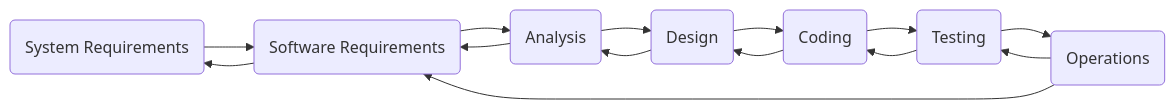
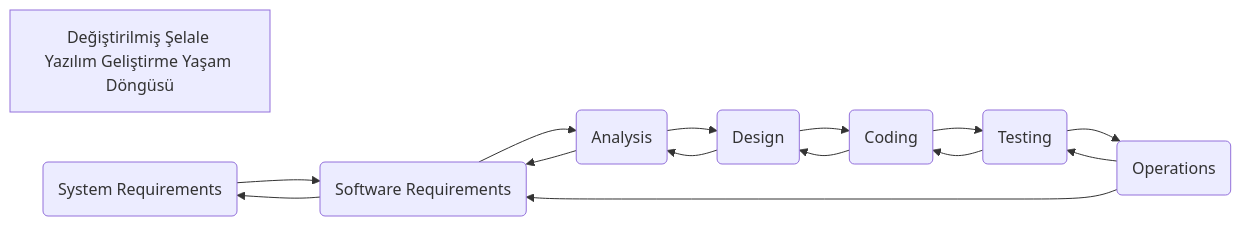
One commit to ati-ozgur/kurs-programlama-temeller changed the diagram in diagramlar/waterfall-real.mmd. Above: the diagram before and after it, drawn with Mermaid. The commit also changed 2 other files, not shown here.

Commit message:
düzenleme

````diff
--- a/diagramlar/waterfall-real.mmd
+++ b/diagramlar/waterfall-real.mmd
@@ -1,17 +1,19 @@
 ```{mermaid}
 flowchart LR
+    title[Değiştirilmiş Şelale Yazılım Geliştirme Yaşam Döngüsü]
+
     S(System Requirements) 
     S --> R(Software Requirements)
     R --> S 
     R --> A(Analysis)
     A --> R
     A --> D(Design)
     D --> A
     D --> C(Coding)
     C --> D
     C --> T(Testing)
     T --> C
     T --> O(Operations)
     O --> T
     O --> R
 ```
````
